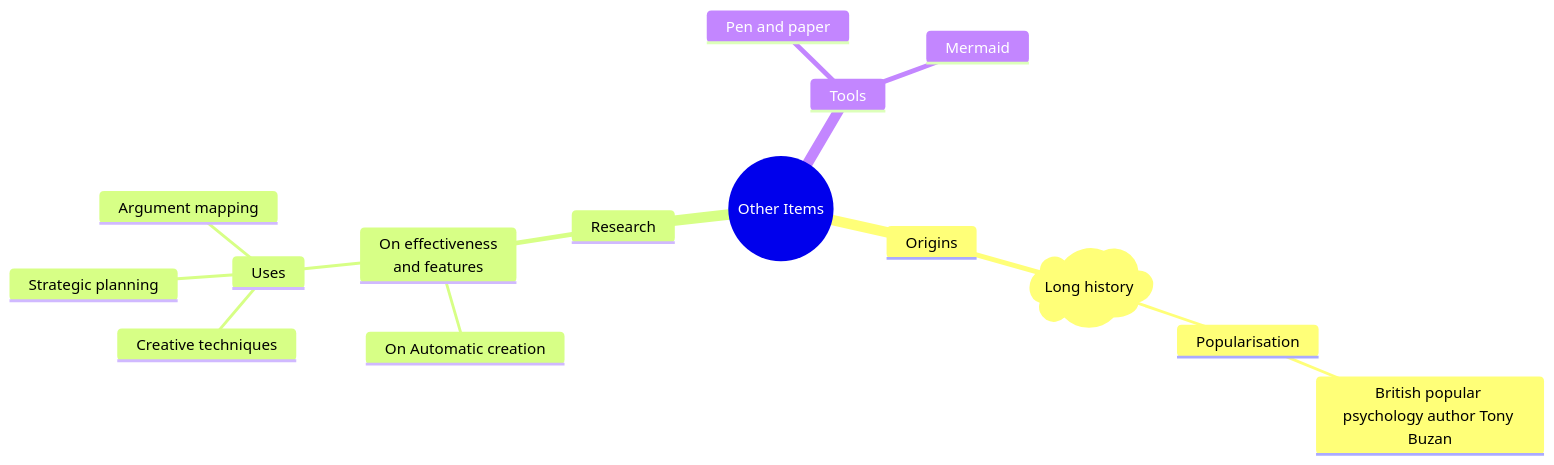
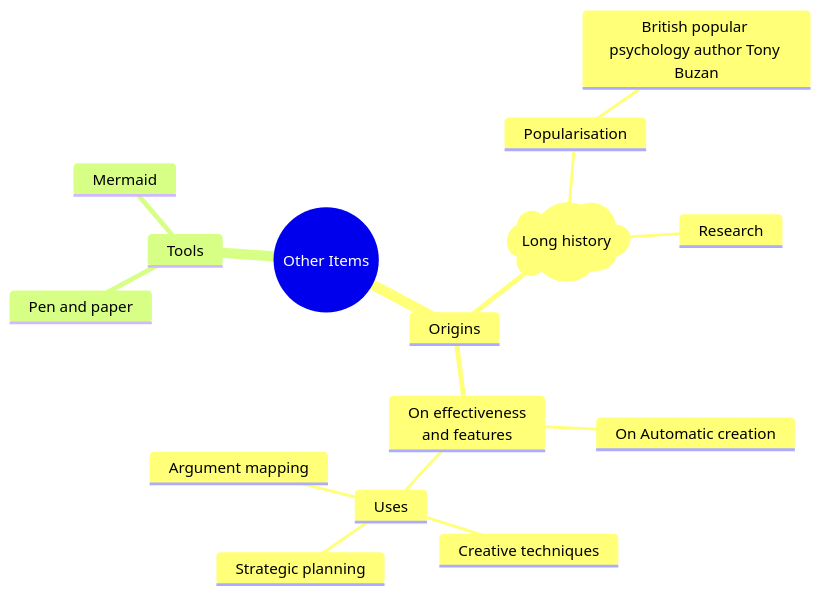
One commit to gerbssusd/dok changed the diagram in slides.md. Above: the diagram before and after it, drawn with Mermaid.

````diff
--- a/slides.md
+++ b/slides.md
@@ -217,22 +217,22 @@
 ```mermaid
 mindmap
   root((Other Items))
     Origins
       )Long history(
        Popularisation
         British popular psychology author Tony Buzan
-    Research
+       Research
       On effectiveness<br/>and features
          On Automatic creation
         Uses
             Creative techniques
             Strategic planning
             Argument mapping
     Tools
       Pen and paper
       Mermaid
 
 
 
 
 ```
````
